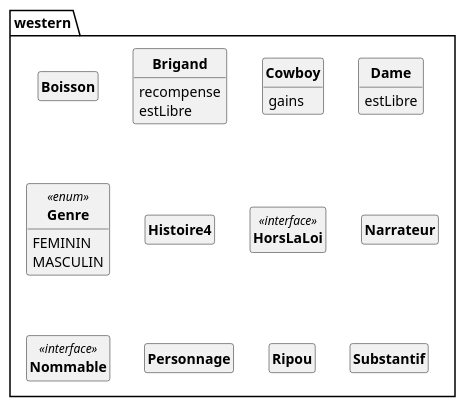
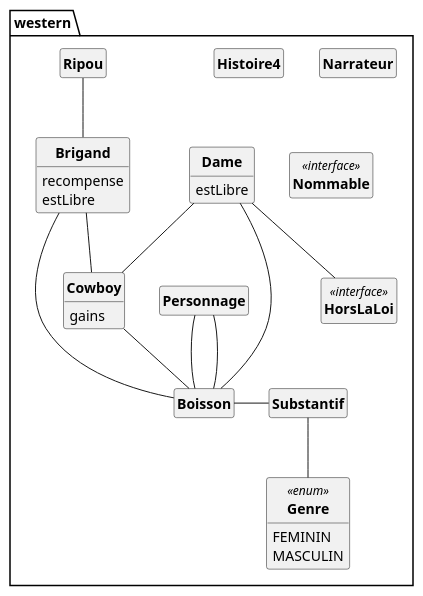
Before and after one commit to DimToups/Java-to-PUML-converter: the diagram in out/production/p21_projet/pumlFromJava/westernClass.puml, drawn with PlantUML. The commit also changed 2 other files, not shown here.

Commit message:
[Semaine3] Ajout des liens dans le diagramme

```diff
--- a/out/production/p21_projet/pumlFromJava/westernClass.puml
+++ b/out/production/p21_projet/pumlFromJava/westernClass.puml
@@ -1,54 +1,65 @@
 @startuml
 'https://plantuml.com/class-diagram
 skinparam style strictuml
 skinparam classAttributeIconSize 0
 skinparam classFontStyle Bold
 
 hide empty members
 
 
 package western{
 
 class Boisson{
 
 }
 class Brigand{
 	recompense
 	estLibre
 
 }
 class Cowboy{
 	gains
 
 }
 class Dame{
 	estLibre
 
 }
 class Genre <<enum>>{
 	FEMININ
 	MASCULIN
 
 }
 class Histoire4{
 
 }
 class HorsLaLoi <<interface>>{
 
 }
 class Narrateur{
 
 }
 class Nommable <<interface>>{
 
 }
 class Personnage{
 
 }
 class Ripou{
 
 }
 class Substantif{
 
 }
+Boisson-Substantif
+Brigand--Cowboy
+Brigand--Boisson
+Cowboy--Boisson
+Dame--Cowboy
+Dame--HorsLaLoi
+Dame--Boisson
+Personnage--Boisson
+Personnage--Boisson
+Ripou--Brigand
+Substantif--Genre
 @enduml
```
